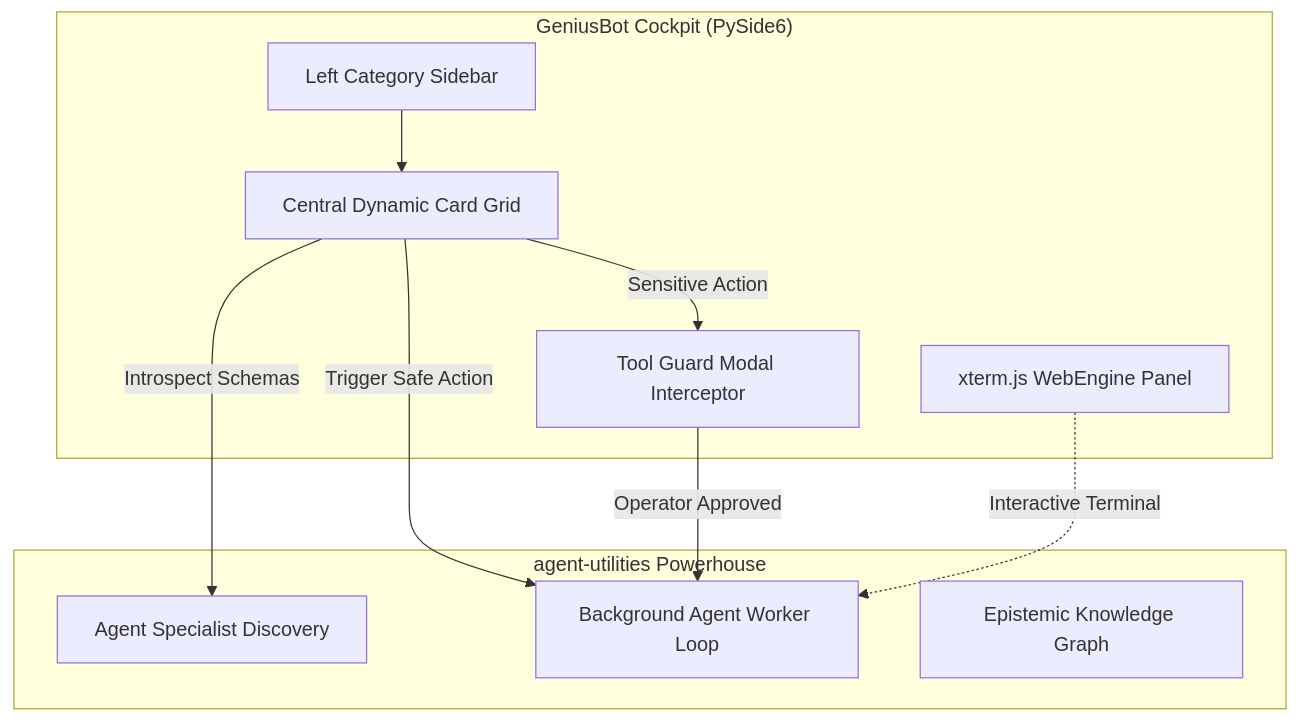
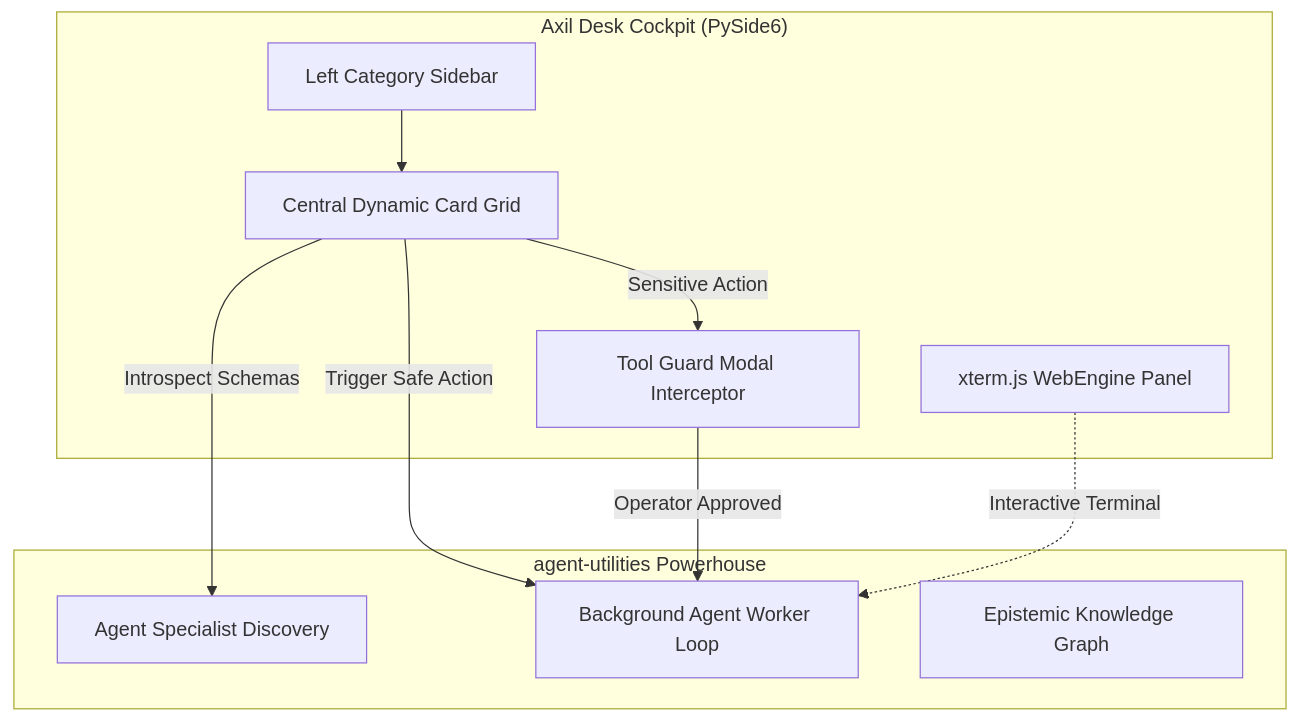
Before and after one commit to Knuckles-Team/geniusbot: the diagram in README.md, drawn with Mermaid. The commit also changed other lines of this file and 12 other files, not shown here.

First line of the commit message:
feat: introduce Axil Desk display branding

````diff
--- a/README.md
+++ b/README.md
@@ -85,22 +88,22 @@
 ```mermaid
 graph TD
-    subgraph GUI ["GeniusBot Cockpit (PySide6)"]
+    subgraph GUI ["Axil Desk Cockpit (PySide6)"]
         Sidebar["Left Category Sidebar"]
         GridDeck["Central Dynamic Card Grid"]
         ToolGuard["Tool Guard Modal Interceptor"]
         TerminalPanel["xterm.js WebEngine Panel"]
     end
 
     subgraph Backend ["agent-utilities Powerhouse"]
         Discovery["Agent Specialist Discovery"]
         Executor["Background Agent Worker Loop"]
         KG["Epistemic Knowledge Graph"]
     end
 
     Sidebar --> GridDeck
     GridDeck -->|Introspect Schemas| Discovery
     GridDeck -->|Trigger Safe Action| Executor
     GridDeck -->|Sensitive Action| ToolGuard
     ToolGuard -->|Operator Approved| Executor
     TerminalPanel -.->|Interactive Terminal| Executor
 ```
````
